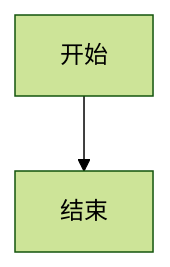
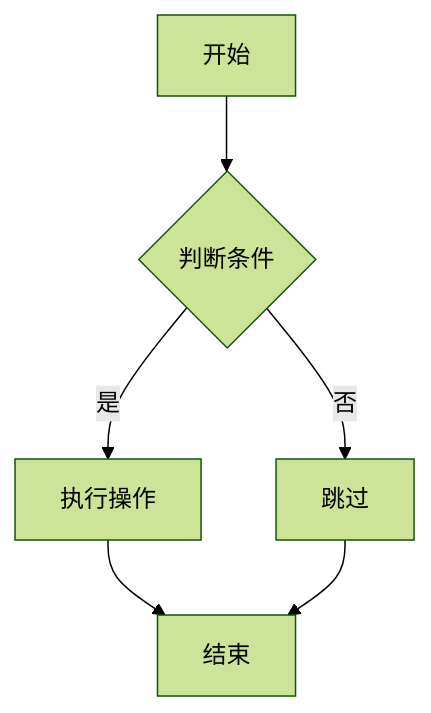
One commit to sumanin5/blog_fr changed the first of 3 diagrams in frontend/src/content/test-clean.mdx. Above: the diagram before and after it, drawn with Mermaid (forest theme). The commit also changed other lines of this file and 15 other files, not shown here.

````diff
--- a/frontend/src/content/test-clean.mdx
+++ b/frontend/src/content/test-clean.mdx
@@ -13,4 +34,8 @@
 ```mermaid
 graph TD
-    A[开始] --> B[结束]
+    A[开始] --> B{判断条件}
+    B -->|是| C[执行操作]
+    B -->|否| D[跳过]
+    C --> E[结束]
+    D --> E
 ```
````
